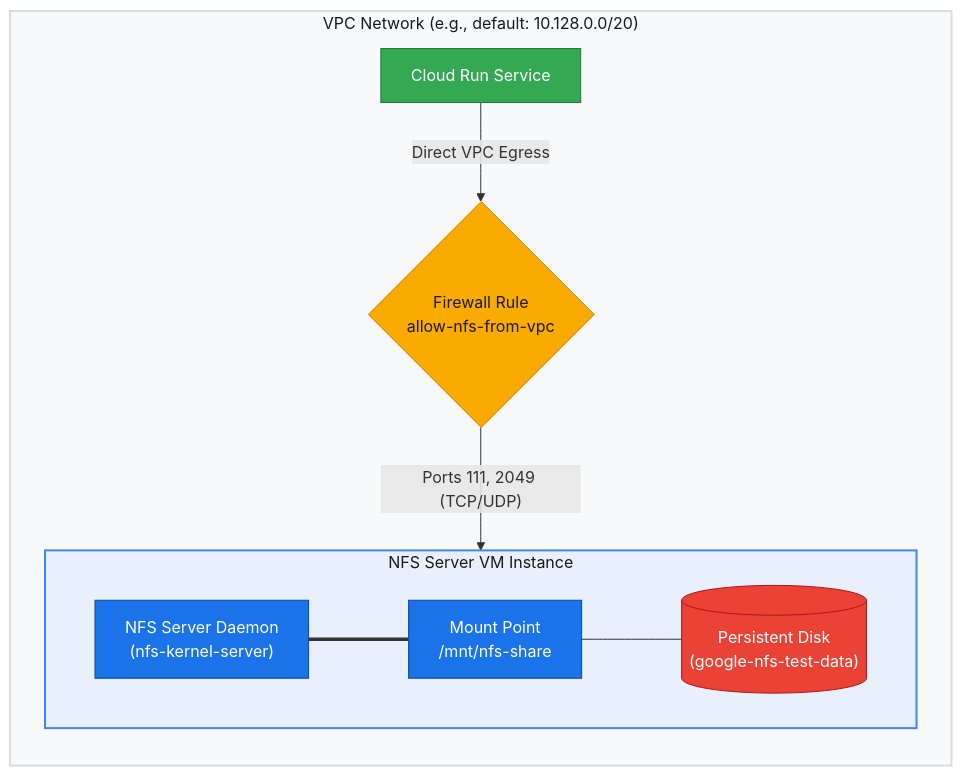
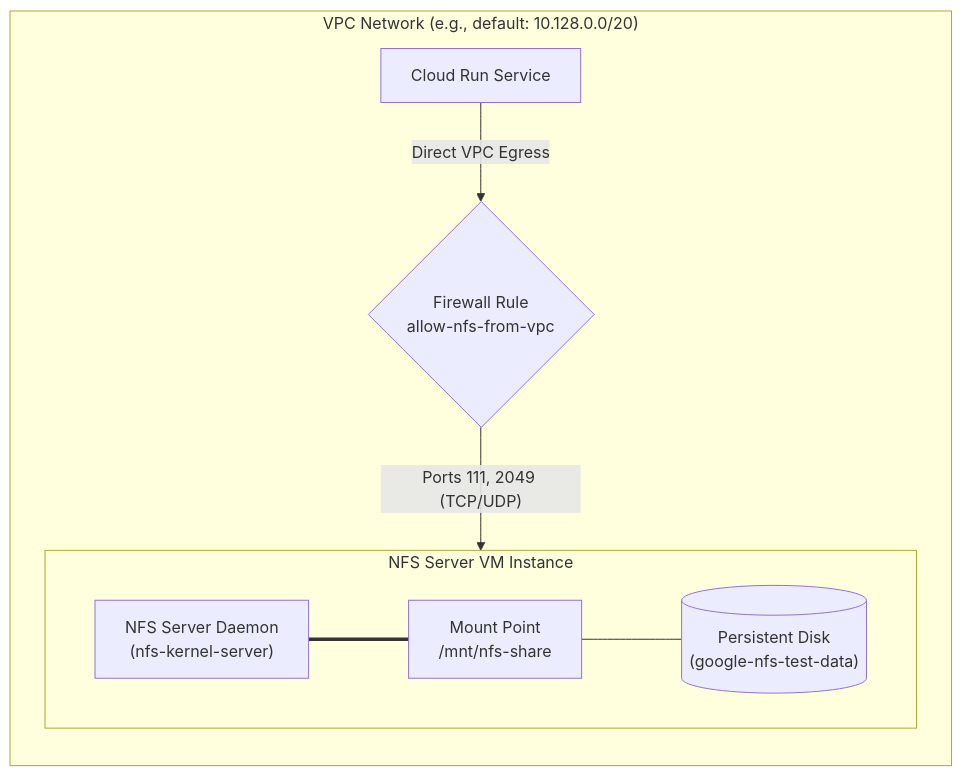
One commit to Rohit1024/portfolio changed the diagram in src/content/blog/self-hosted-nfs-gce/index.mdx. Above: the diagram before and after it, drawn with Mermaid. The commit also changed other lines of this file, not shown here.

````diff
--- a/src/content/blog/self-hosted-nfs-gce/index.mdx
+++ b/src/content/blog/self-hosted-nfs-gce/index.mdx
@@ -22,31 +29,23 @@
 ```mermaid
 graph TD
     subgraph VPC ["VPC Network (e.g., default: 10.128.0.0/20)"]
         direction TB
         
         CloudRun["Cloud Run Service"]
         
         subgraph VM ["NFS Server VM Instance"]
             direction LR
             ServerDaemon["NFS Server Daemon<br/>(nfs-kernel-server)"]
             MountPoint["Mount Point<br/>/mnt/nfs-share"]
             PersistentDisk[("Persistent Disk<br/>(google-nfs-test-data)")]
             
             ServerDaemon === MountPoint
             MountPoint --- PersistentDisk
         end
         
         Firewall{"Firewall Rule<br/>allow-nfs-from-vpc"}
     end
     
     CloudRun -->|"Direct VPC Egress"| Firewall
     Firewall -->|"Ports 111, 2049 (TCP/UDP)"| ServerDaemon
-    
-    style VPC fill:#F8F9FA,stroke:#DADCE0,stroke-width:2px,color:#1a1a1a
-    style VM fill:#E8F0FE,stroke:#4285F4,stroke-width:2px,color:#1a1a1a
-    style CloudRun fill:#34A853,stroke:#1E7E34,color:#fff
-    style Firewall fill:#F9AB00,stroke:#E37400,color:#1a1a1a
-    style PersistentDisk fill:#EA4335,stroke:#B31412,color:#fff
-    style ServerDaemon fill:#1A73E8,stroke:#0D47A1,color:#fff
-    style MountPoint fill:#1A73E8,stroke:#0D47A1,color:#fff
 ```
````
